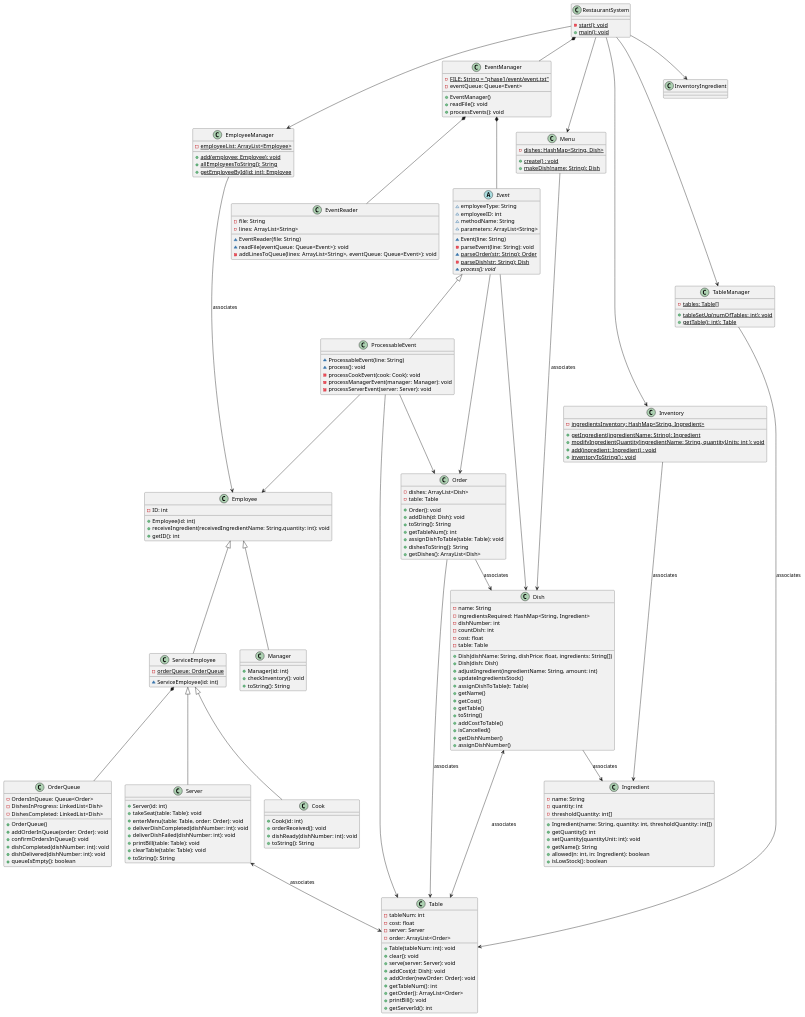
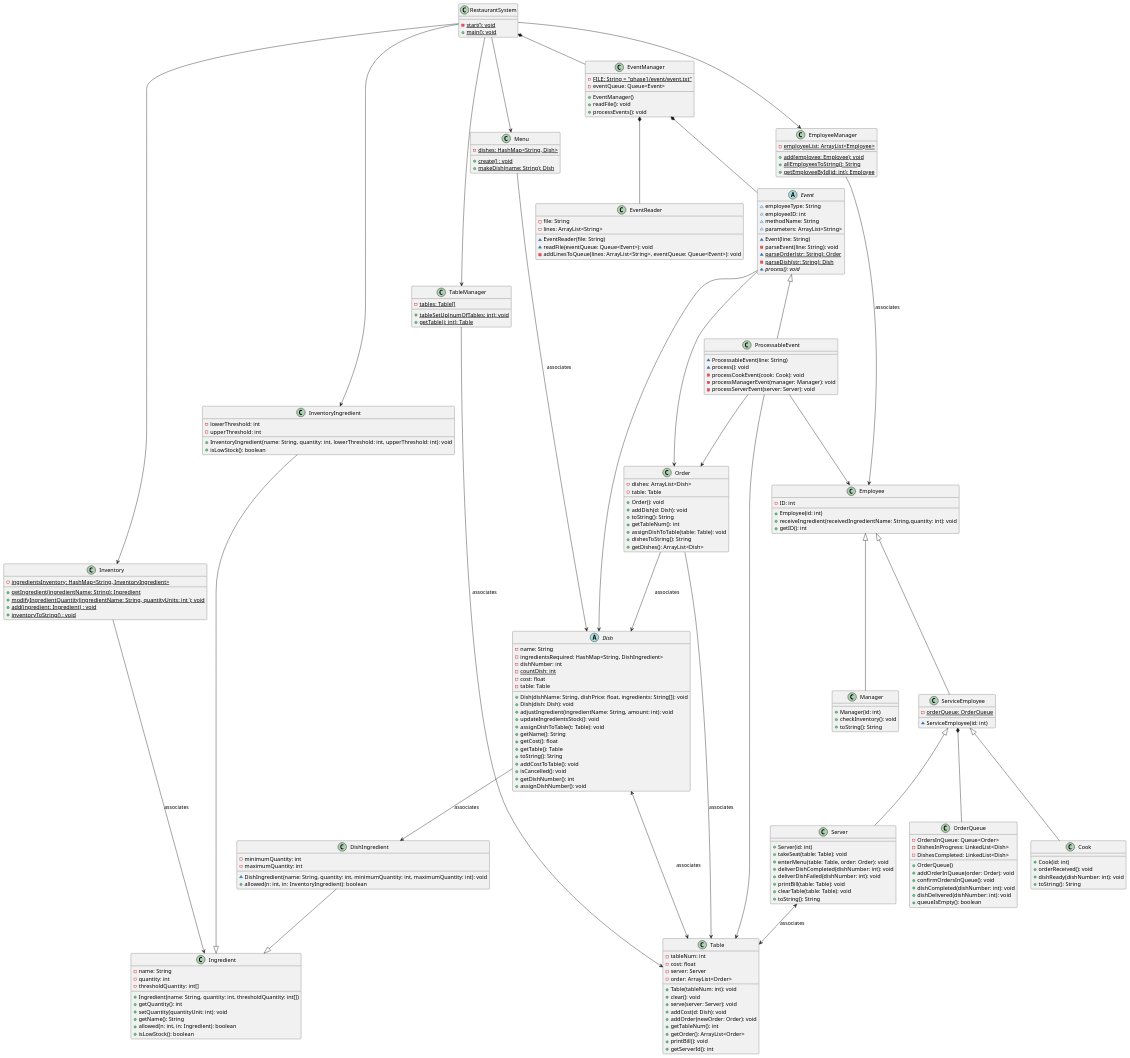
One commit to billangli/RestaurantSystem changed the diagram in phase1/phase1uml.puml. Above: the diagram before and after it, drawn with PlantUML.

Commit message:
uml update.

```diff
--- a/phase1/phase1uml.puml
+++ b/phase1/phase1uml.puml
@@ -106,32 +106,51 @@
 + isLowStock(): boolean
 }
 
-class Dish{
+abstract class Dish{
 - name: String
-- ingredientsRequired: HashMap<String, Ingredient>
+- ingredientsRequired: HashMap<String, DishIngredient>
 - dishNumber: int
-- countDish: int
+- {static} countDish: int
 - cost: float
 - table: Table
-+ Dish(dishName: String, dishPrice: float, ingredients: String[])
-+ Dish(dish: Dish)
-+ adjustIngredient(ingredientName: String, amount: int)
-+ updateIngredientsStock()
-+ assignDishToTable(t: Table)
-+ getName()
-+ getCost()
-+ getTable()
-+ toString()
-+ addCostToTable()
-+ isCancelled()
-+ getDishNumber()
-+ assignDishNumber()
++ Dish(dishName: String, dishPrice: float, ingredients: String[]): void
++ Dish(dish: Dish): void
++ adjustIngredient(ingredientName: String, amount: int): void
++ updateIngredientsStock(): void
++ assignDishToTable(t: Table): void
++ getName(): String
++ getCost(): float
++ getTable(): Table
++ toString(): String
++ addCostToTable(): void
++ isCancelled(): void
++ getDishNumber(): int
++ assignDishNumber(): void
 }
+
 Dish <--> Table : associates
-Dish --> Ingredient : associates
+Dish --> DishIngredient : associates
+
+class DishIngredient {
+- minimumQuantity: int
+- maximumQuantity: int
+~ DishIngredient(name: String, quantity: int, minimumQuantity: int, maximumQuantity: int): void
++ allowed(n: int, in: InventoryIngredient): boolean
+}
+
+DishIngredient --|> Ingredient
+
+class InventoryIngredient {
+- lowerThreshold: int
+- upperThreshold: int
++ InventoryIngredient(name: String, quantity: int, lowerThreshold: int, upperThreshold: int): void
++ isLowStock(): boolean
+}
+
+InventoryIngredient --|> Ingredient
 
 class Inventory{
-- {static} ingredientsInventory: HashMap<String, Ingredient>
+- {static} ingredientsInventory: HashMap<String, InventoryIngredient>
 + {static} getIngredient(ingredientName: String): Ingredient
 + {static} modifyIngredientQuantity(ingredientName: String, quantityUnits: int ): void
 + {static} add(ingredient: Ingredient) : void
```
